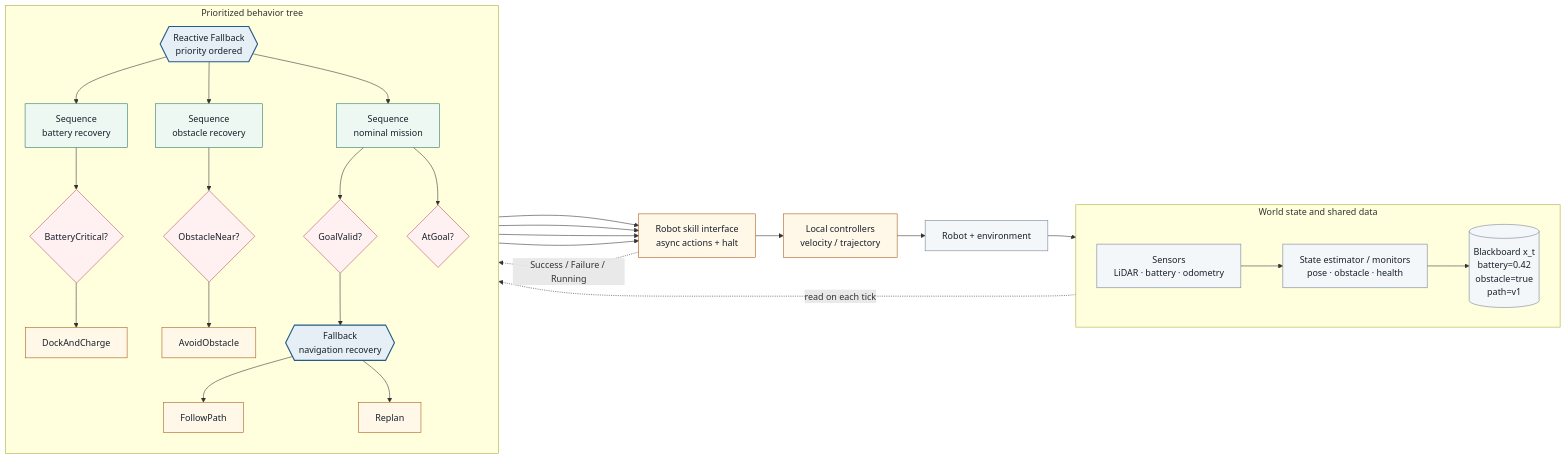
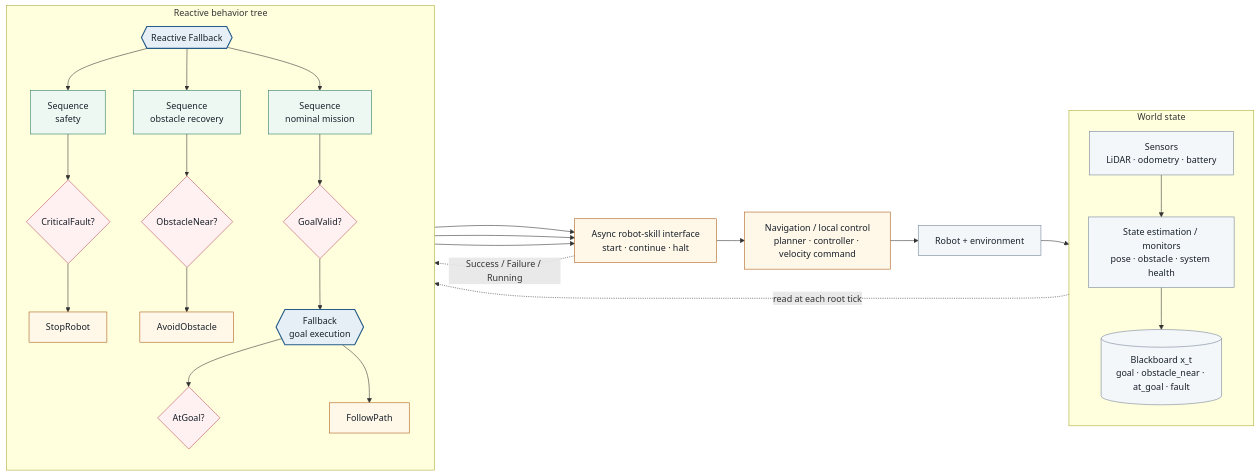
One commit to nobel-ai-tests/behavior-trees-autonomy changed the first of 2 diagrams in topics/behavior-tree-foundations.md. Above: the diagram before and after it, drawn with Mermaid. The commit also changed other lines of this file, not shown here.

Commit message:
Correct foundations diagrams and replace animation with structured simulation

````diff
--- a/topics/behavior-tree-foundations.md
+++ b/topics/behavior-tree-foundations.md
@@ -22,51 +22,48 @@
 ```mermaid
 flowchart LR
-  subgraph WORLD["World state and shared data"]
-    direction LR
-    SENS["Sensors<br/>LiDAR · battery · odometry"] --> EST["State estimator / monitors<br/>pose · obstacle · health"]
-    EST --> BB[("Blackboard x_t<br/>battery=0.42<br/>obstacle=true<br/>path=v1")]
+  subgraph STATE["World state"]
+    direction TB
+    SENS["Sensors<br/>LiDAR · odometry · battery"] --> EST["State estimation / monitors<br/>pose · obstacle · system health"]
+    EST --> BB[("Blackboard x_t<br/>goal · obstacle_near · at_goal · fault")]
   end
 
-  subgraph BT["Prioritized behavior tree"]
+  subgraph BT["Reactive behavior tree"]
     direction TB
-    ROOT{{"Reactive Fallback<br/>priority ordered"}}
+    ROOT{{"Reactive Fallback"}}
 
-    ROOT --> BAT["Sequence<br/>battery recovery"]
+    ROOT --> SAFE["Sequence<br/>safety"]
+    SAFE --> FAULT{"CriticalFault?"}
+    FAULT --> STOP["StopRobot"]
+
     ROOT --> OBS["Sequence<br/>obstacle recovery"]
-    ROOT --> MIS["Sequence<br/>nominal mission"]
-
-    BAT --> BC{"BatteryCritical?"}
-    BC --> DOCK["DockAndCharge"]
-
     OBS --> OC{"ObstacleNear?"}
     OC --> AVOID["AvoidObstacle"]
 
-    MIS --> GV{"GoalValid?"}
-    GV --> NAVFB{{"Fallback<br/>navigation recovery"}}
-    NAVFB --> FOLLOW["FollowPath"]
-    NAVFB --> REPLAN["Replan"]
-    MIS --> AT{"AtGoal?"}
+    ROOT --> MISSION["Sequence<br/>nominal mission"]
+    MISSION --> GV{"GoalValid?"}
+    GV --> EXEC{{"Fallback<br/>goal execution"}}
+    EXEC --> AT{"AtGoal?"}
+    EXEC --> FOLLOW["FollowPath"]
   end
 
-  BB -. "read on each tick" .-> ROOT
-  DOCK --> SKILL["Robot skill interface<br/>async actions + halt"]
-  AVOID --> SKILL
-  FOLLOW --> SKILL
-  REPLAN --> SKILL
-  SKILL --> CTRL["Local controllers<br/>velocity / trajectory"]
-  CTRL --> ROBOT["Robot + environment"]
+  BB -. "read at each root tick" .-> ROOT
+  STOP --> SKILLS["Async robot-skill interface<br/>start · continue · halt"]
+  AVOID --> SKILLS
+  FOLLOW --> SKILLS
+  SKILLS --> NAV["Navigation / local control<br/>planner · controller · velocity command"]
+  NAV --> ROBOT["Robot + environment"]
   ROBOT --> SENS
-  SKILL -. "Success / Failure / Running" .-> ROOT
+  SKILLS -. "Success / Failure / Running" .-> ROOT
 
   classDef control fill:#e7eff6,stroke:#245b88,color:#17202a,stroke-width:2px;
   classDef sequence fill:#eef8f3,stroke:#28775f,color:#17202a;
   classDef condition fill:#fff0f1,stroke:#b84d5d,color:#17202a;
   classDef action fill:#fff7e8,stroke:#a95a13,color:#17202a;
   classDef data fill:#f4f7fa,stroke:#718096,color:#17202a;
 
-  class ROOT,NAVFB control;
-  class BAT,OBS,MIS sequence;
-  class BC,OC,GV,AT condition;
-  class DOCK,AVOID,FOLLOW,REPLAN,SKILL,CTRL action;
+  class ROOT,EXEC control;
+  class SAFE,OBS,MISSION sequence;
+  class FAULT,OC,GV,AT condition;
+  class STOP,AVOID,FOLLOW,SKILLS,NAV action;
   class SENS,EST,BB,ROBOT data;
 ```
````
